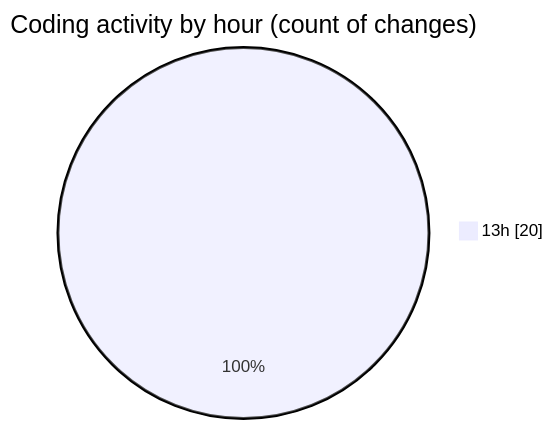
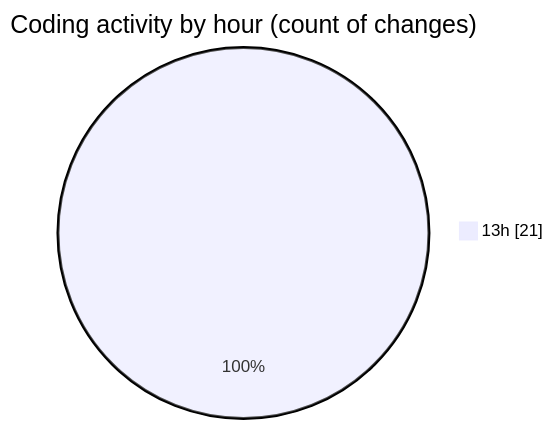
One commit to CELIANVF/code-tracking changed the second of 2 diagrams in 2025-05-26/ecodeli-1/README.md. Above: the diagram before and after it, drawn with Mermaid. The commit also changed other lines of this file and 1 other file, not shown here.

````diff
--- a/2025-05-26/ecodeli-1/README.md
+++ b/2025-05-26/ecodeli-1/README.md
@@ -37,5 +37,5 @@
 ```mermaid
 pie showData
 title Coding activity by hour (count of changes)
-"13h" : 20
+"13h" : 21
 ```
````
